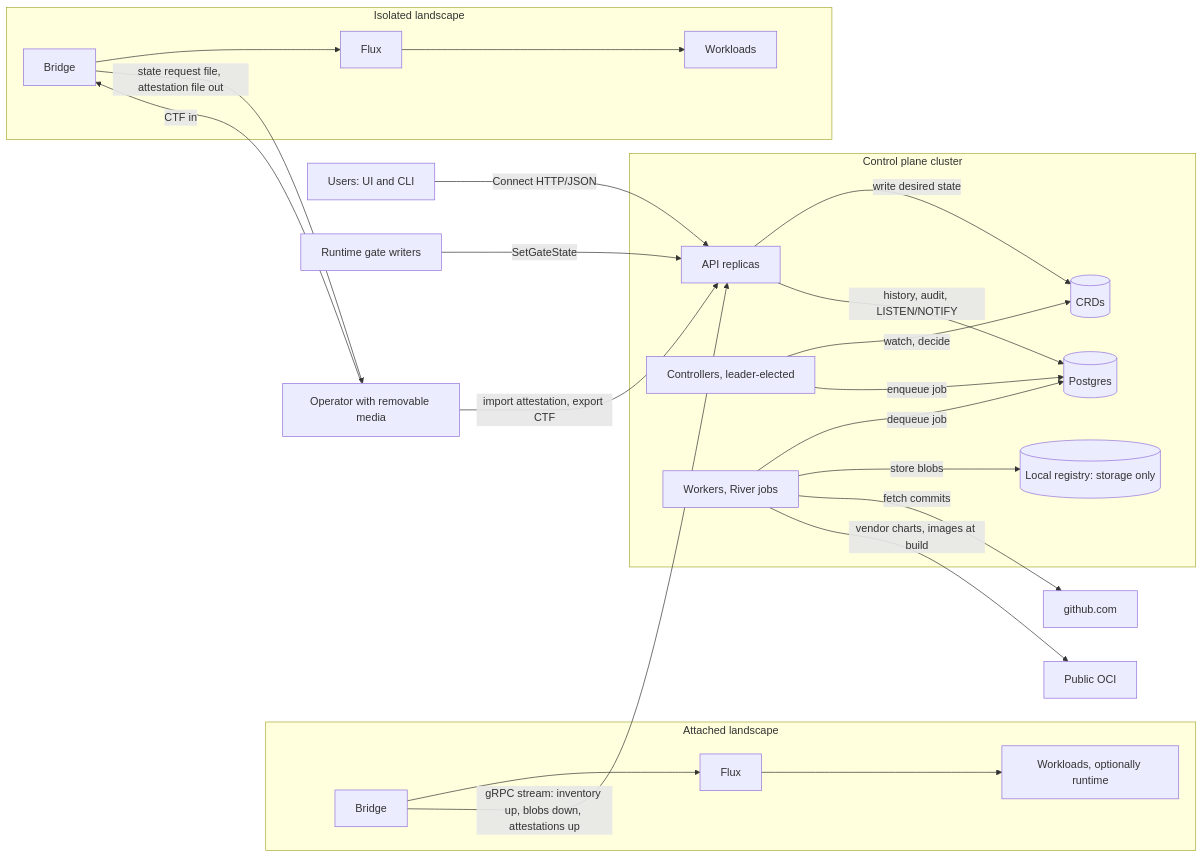
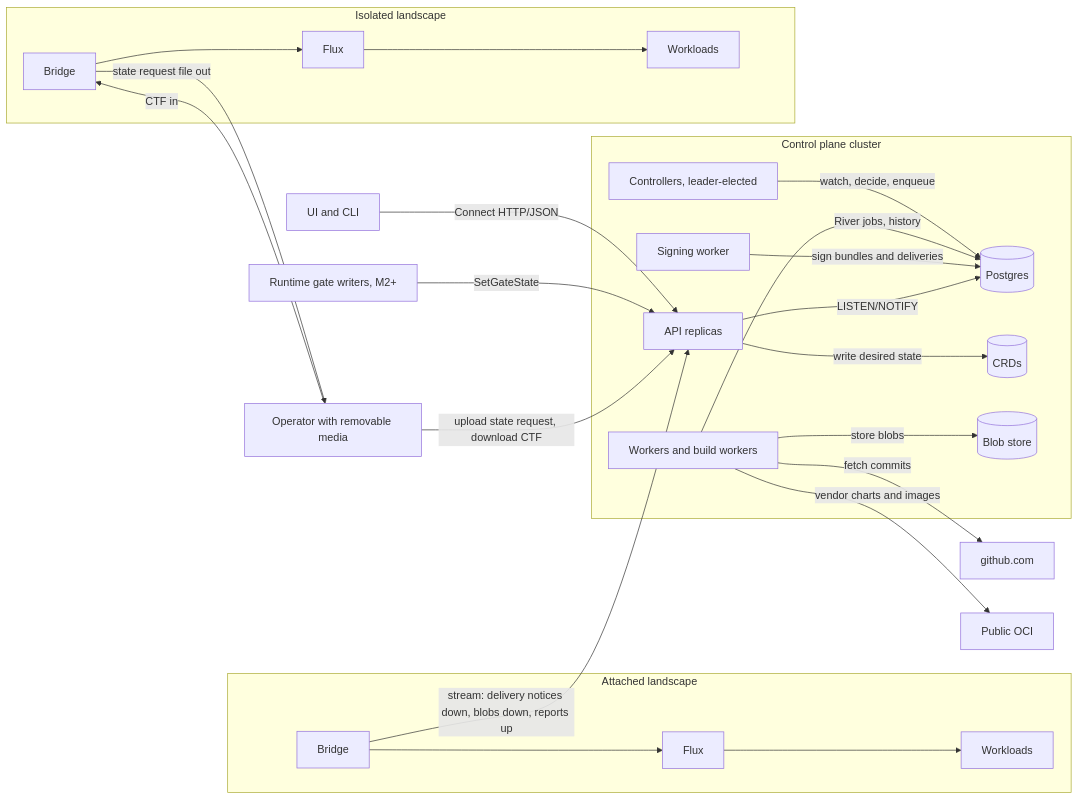
Before and after one commit to nirnanaaa/konfidence: the first of 2 diagrams in docs/design/00-overview.md, drawn with Mermaid. The commit also changed other lines of this file and 12 other files, not shown here.

Commit message:
docs(design): apply adversarial review, add roadmap and ADR-0001

````diff
--- a/docs/design/00-overview.md
+++ b/docs/design/00-overview.md
@@ -27,31 +26,32 @@
 ```mermaid
 flowchart LR
-  user[Users: UI and CLI] -- "Connect HTTP/JSON" --> api
-  rtgate[Runtime gate writers] -- "SetGateState" --> api
+  user[UI and CLI] -- "Connect HTTP/JSON" --> api
+  gw[Runtime gate writers, M2+] -- "SetGateState" --> api
   subgraph cp[Control plane cluster]
     api[API replicas]
     ctl[Controllers, leader-elected]
-    wrk[Workers, River jobs]
+    wrk[Workers and build workers]
+    sig[Signing worker]
     pg[(Postgres)]
     crd[(CRDs)]
-    reg[(Local registry: storage only)]
+    reg[(Blob store)]
     api -- "write desired state" --> crd
-    ctl -- "watch, decide" --> crd
-    ctl -- "enqueue job" --> pg
-    wrk -- "dequeue job" --> pg
-    api -- "history, audit, LISTEN/NOTIFY" --> pg
+    ctl -- "watch, decide, enqueue" --> pg
+    wrk -- "River jobs, history" --> pg
+    sig -- "sign bundles and deliveries" --> pg
     wrk -- "store blobs" --> reg
+    api -- "LISTEN/NOTIFY" --> pg
   end
   wrk -- "fetch commits" --> gh[github.com]
-  wrk -- "vendor charts, images at build" --> pub[Public OCI]
+  wrk -- "vendor charts and images" --> pub[Public OCI]
   subgraph att[Attached landscape]
-    b1[Bridge] --> f1[Flux] --> w1[Workloads, optionally runtime]
+    b1[Bridge] --> f1[Flux] --> w1[Workloads]
   end
   subgraph iso[Isolated landscape]
     b2[Bridge] --> f2[Flux] --> w2[Workloads]
   end
-  b1 -- "gRPC stream: inventory up, blobs down, attestations up" --> api
+  b1 -- "stream: delivery notices down, blobs down, reports up" --> api
   op[Operator with removable media] -- "CTF in" --> b2
-  b2 -- "state request file, attestation file out" --> op
-  op -- "import attestation, export CTF" --> api
+  b2 -- "state request file out" --> op
+  op -- "upload state request, download CTF" --> api
 ```
````
